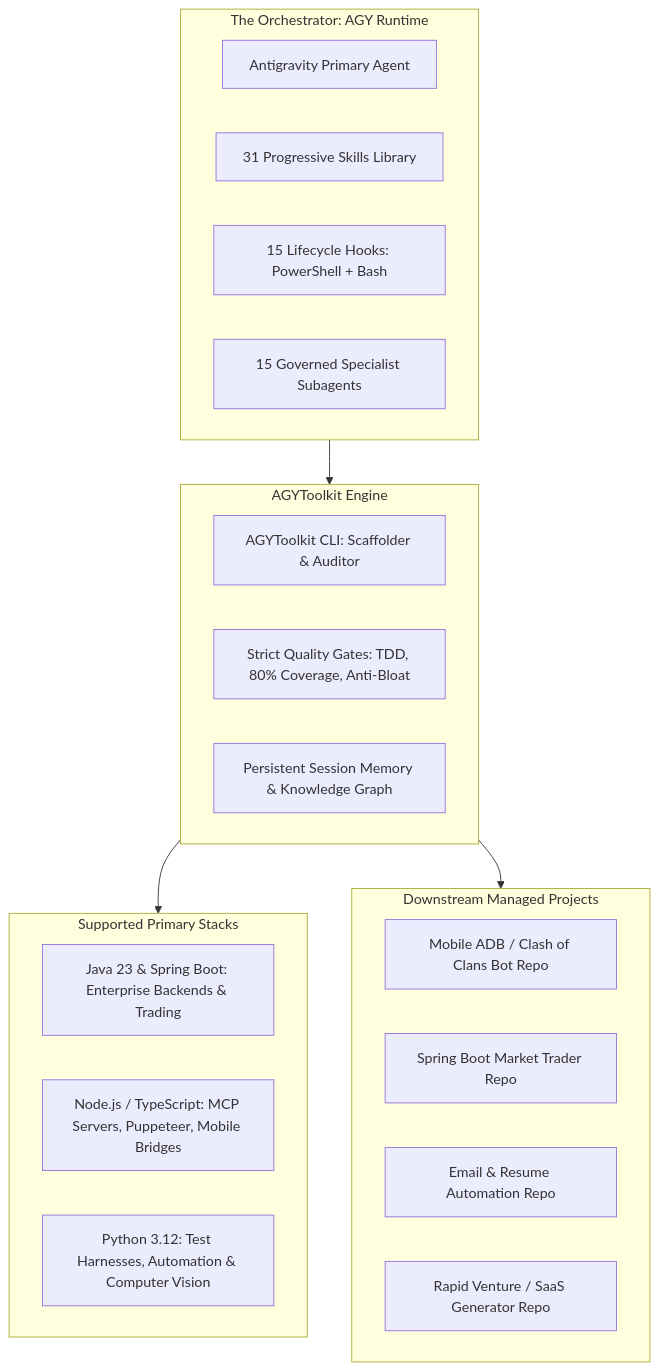
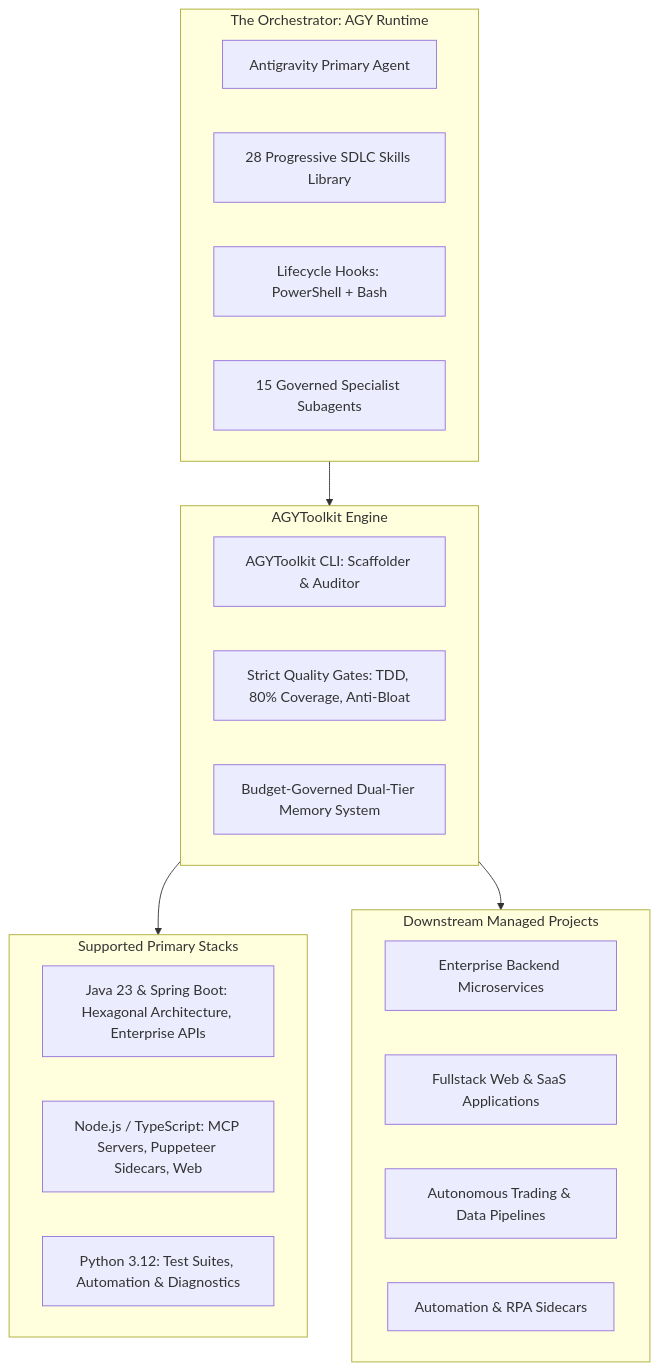
The diagram in README.md (OneEyedDragon1102/AGYToolkit), drawn with Mermaid before and after one commit. The commit also changed other lines of this file and 22 other files, not shown here.

````diff
--- a/README.md
+++ b/README.md
@@ -11,32 +11,32 @@
 ```mermaid
 flowchart TD
     subgraph Mind [The Orchestrator: AGY Runtime]
         Agent[Antigravity Primary Agent]
-        Skills[31 Progressive Skills Library]
-        Hooks[15 Lifecycle Hooks: PowerShell + Bash]
+        Skills[28 Progressive SDLC Skills Library]
+        Hooks[Lifecycle Hooks: PowerShell + Bash]
         Swarm[15 Governed Specialist Subagents]
     end
 
     subgraph FrameworkCore [AGYToolkit Engine]
         CLI[AGYToolkit CLI: Scaffolder & Auditor]
         Gates[Strict Quality Gates: TDD, 80% Coverage, Anti-Bloat]
-        Memory[Persistent Session Memory & Knowledge Graph]
+        Memory[Budget-Governed Dual-Tier Memory System]
     end
 
     subgraph TechStacks [Supported Primary Stacks]
-        JavaStack[Java 23 & Spring Boot: Enterprise Backends & Trading]
-        NodeStack[Node.js / TypeScript: MCP Servers, Puppeteer, Mobile Bridges]
-        PyStack[Python 3.12: Test Harnesses, Automation & Computer Vision]
+        JavaStack[Java 23 & Spring Boot: Hexagonal Architecture, Enterprise APIs]
+        NodeStack[Node.js / TypeScript: MCP Servers, Puppeteer Sidecars, Web]
+        PyStack[Python 3.12: Test Suites, Automation & Diagnostics]
     end
 
     subgraph TargetRepos [Downstream Managed Projects]
-        R1[Mobile ADB / Clash of Clans Bot Repo]
-        R2[Spring Boot Market Trader Repo]
-        R3[Email & Resume Automation Repo]
-        R4[Rapid Venture / SaaS Generator Repo]
+        R1[Enterprise Backend Microservices]
+        R2[Fullstack Web & SaaS Applications]
+        R3[Autonomous Trading & Data Pipelines]
+        R4[Automation & RPA Sidecars]
     end
 
     Mind --> FrameworkCore
     FrameworkCore --> TechStacks
     FrameworkCore --> TargetRepos
 ```
````
